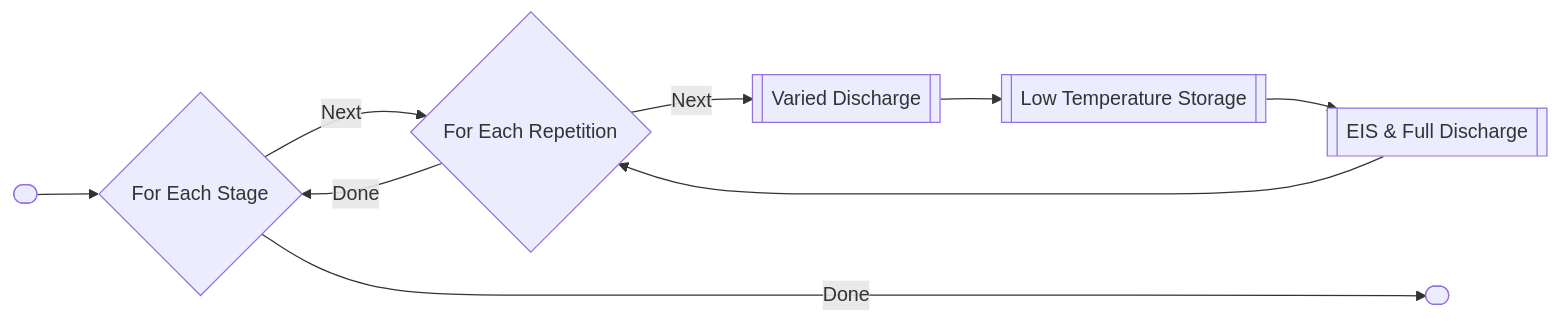
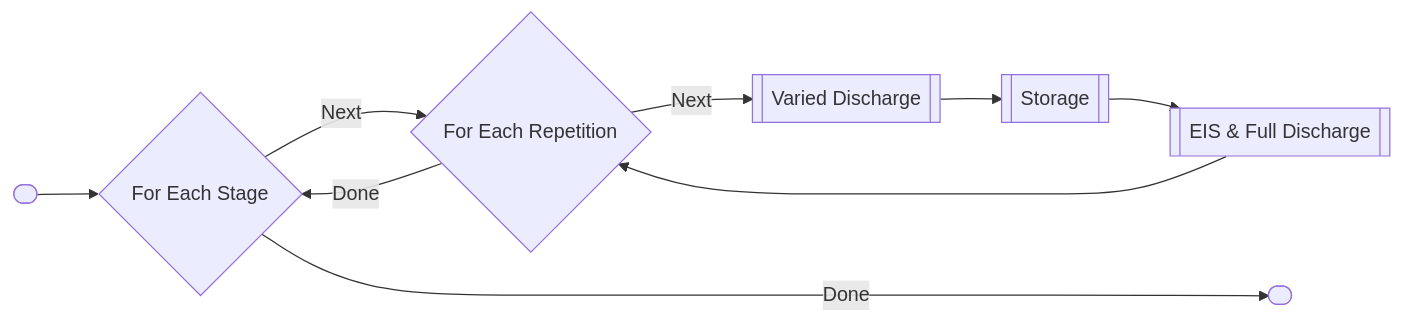
One commit to UCT-MARiS/SISPS-EXP-SOH changed the first of 3 diagrams in Docs/UCT003 SoH Methodology.md. Above: the diagram before and after it, drawn with Mermaid. The commit also changed other lines of this file, not shown here.

````diff
--- a/Docs/UCT003 SoH Methodology.md
+++ b/Docs/UCT003 SoH Methodology.md
@@ -51,21 +52,21 @@
 ```mermaid
 flowchart LR
 
 start([ ])
 stage{For Each Stage}
 repetition{For Each Repetition}
 varied[[Varied Discharge]]
-storage[[Low Temperature Storage]]
+storage[[Storage]]
 discharge[[EIS & Full Discharge]]
 done([ ])
 
 start --> stage
 stage -->|Next| repetition
 repetition -->|Next| varied
 varied --> storage
 storage --> discharge
 discharge --> repetition
 repetition -->|Done| stage
 
 stage ----->|Done| done
 ```
````
